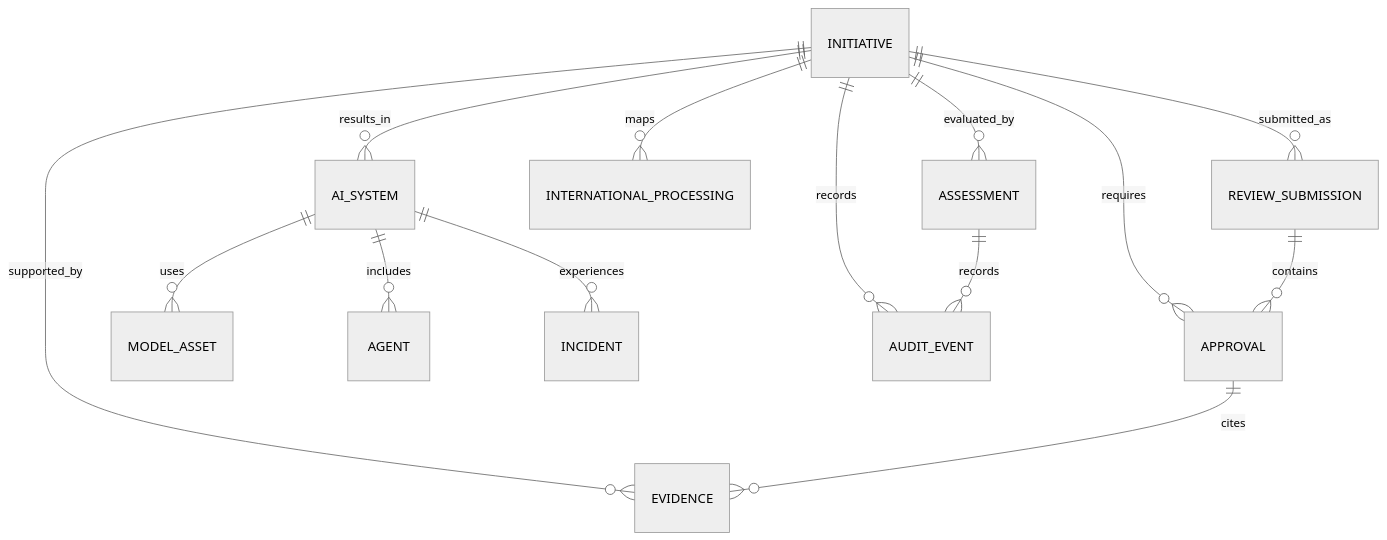
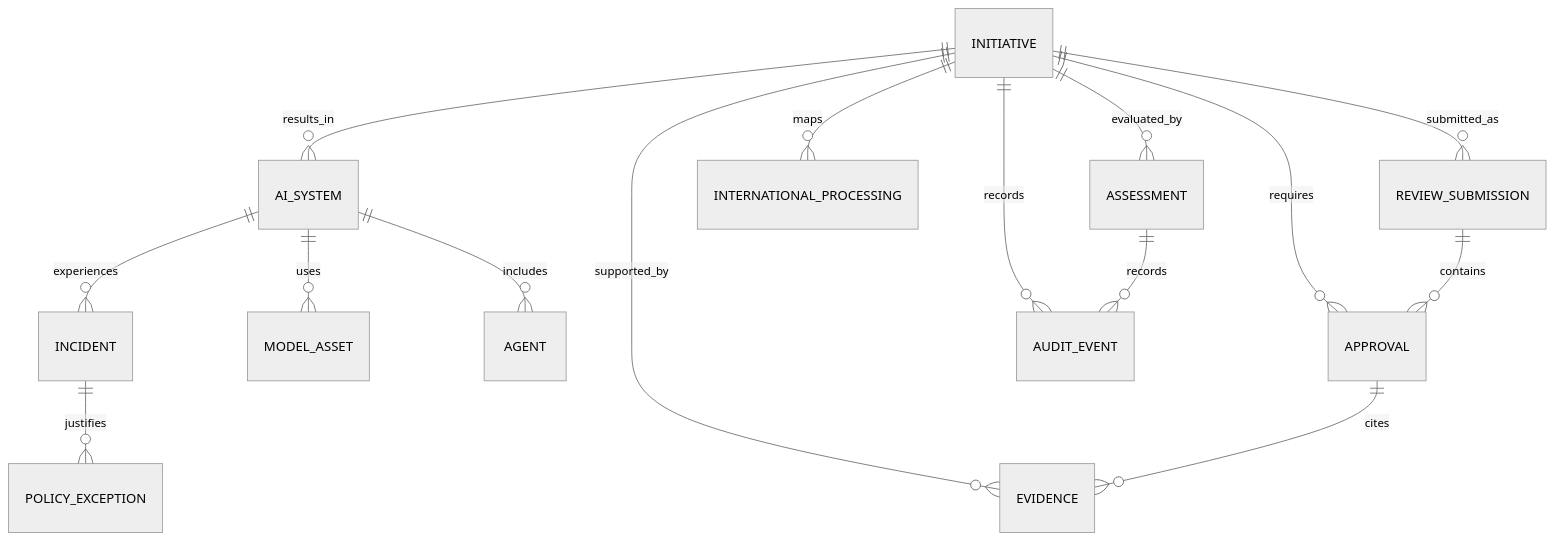
One commit to brunovicco/verifiable-ai-governance changed the third of 3 diagrams in docs/architecture/ARCHITECTURE.md. Above: the diagram before and after it, drawn with Mermaid (neutral theme). The commit also changed other lines of this file and 24 other files, not shown here.

````diff
--- a/docs/architecture/ARCHITECTURE.md
+++ b/docs/architecture/ARCHITECTURE.md
@@ -261,16 +280,17 @@
 ```mermaid
 erDiagram
   INITIATIVE ||--o{ APPROVAL : requires
   INITIATIVE ||--o{ REVIEW_SUBMISSION : submitted_as
   REVIEW_SUBMISSION ||--o{ APPROVAL : contains
   INITIATIVE ||--o{ ASSESSMENT : evaluated_by
   INITIATIVE ||--o{ EVIDENCE : supported_by
   INITIATIVE ||--o{ INTERNATIONAL_PROCESSING : maps
   INITIATIVE ||--o{ AI_SYSTEM : results_in
   AI_SYSTEM ||--o{ MODEL_ASSET : uses
   AI_SYSTEM ||--o{ AGENT : includes
   AI_SYSTEM ||--o{ INCIDENT : experiences
+  INCIDENT ||--o{ POLICY_EXCEPTION : justifies
   APPROVAL ||--o{ EVIDENCE : cites
   INITIATIVE ||--o{ AUDIT_EVENT : records
   ASSESSMENT ||--o{ AUDIT_EVENT : records
 ```
````
